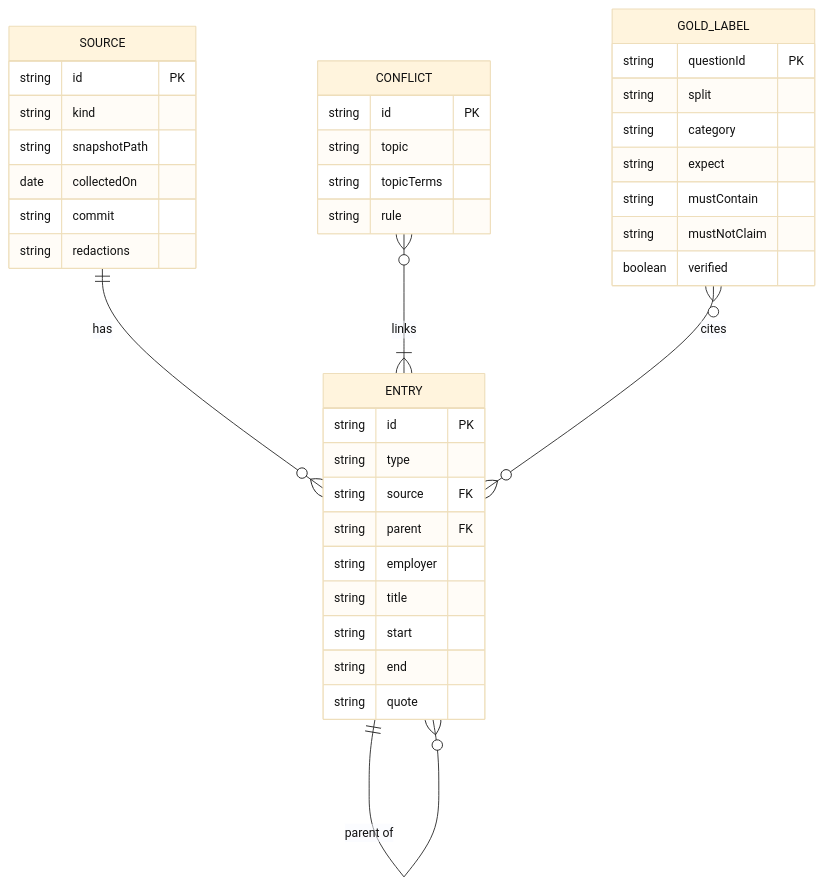
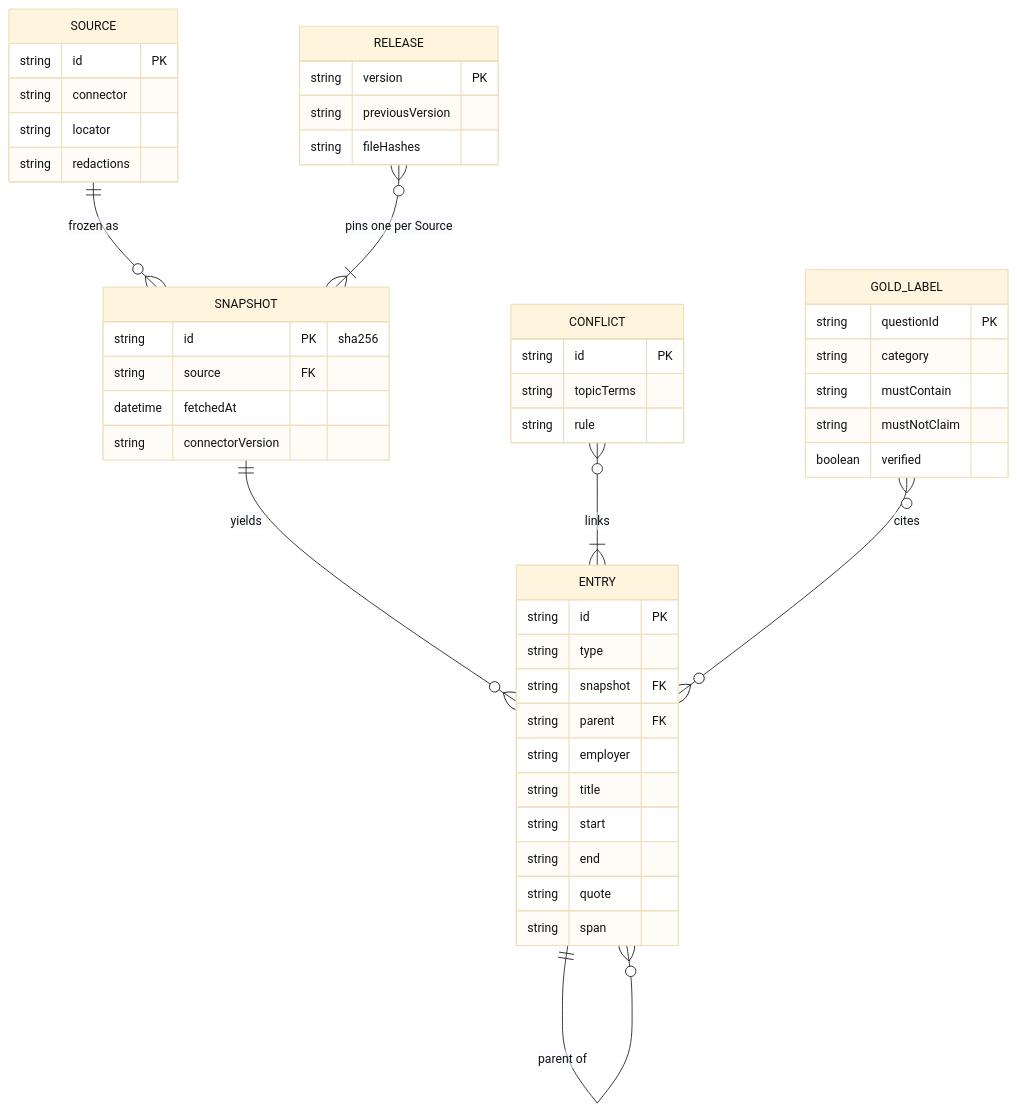
Before and after one commit to trieuttnv/job-finder-assisstant: the diagram in docs/img/erd.mmd, drawn with Mermaid. The commit also changed 8 other files, not shown here.

```diff
--- a/docs/img/erd.mmd
+++ b/docs/img/erd.mmd
@@ -1,40 +1,49 @@
 %%{init: {"theme":"base","themeVariables":{"background":"#FFFEF9","fontFamily":"Helvetica, Arial, sans-serif","fontSize":"14px","lineColor":"#222","primaryTextColor":"#111"}}}%%
 erDiagram
-  SOURCE ||--o{ ENTRY : "has"
+  SOURCE ||--o{ SNAPSHOT : "frozen as"
+  SNAPSHOT ||--o{ ENTRY : "yields"
   ENTRY ||--o{ ENTRY : "parent of"
   CONFLICT }o--|{ ENTRY : "links"
+  RELEASE }o--|{ SNAPSHOT : "pins one per Source"
   GOLD_LABEL }o--o{ ENTRY : "cites"
   SOURCE {
     string id PK
-    string kind
-    string snapshotPath
-    date collectedOn
-    string commit
+    string connector
+    string locator
     string redactions
+  }
+  SNAPSHOT {
+    string id PK "sha256"
+    string source FK
+    datetime fetchedAt
+    string connectorVersion
   }
   ENTRY {
     string id PK
     string type
-    string source FK
+    string snapshot FK
     string parent FK
     string employer
     string title
     string start
     string end
     string quote
+    string span
   }
   CONFLICT {
     string id PK
-    string topic
     string topicTerms
     string rule
   }
+  RELEASE {
+    string version PK
+    string previousVersion
+    string fileHashes
+  }
   GOLD_LABEL {
     string questionId PK
-    string split
     string category
-    string expect
     string mustContain
     string mustNotClaim
     boolean verified
   }
```
